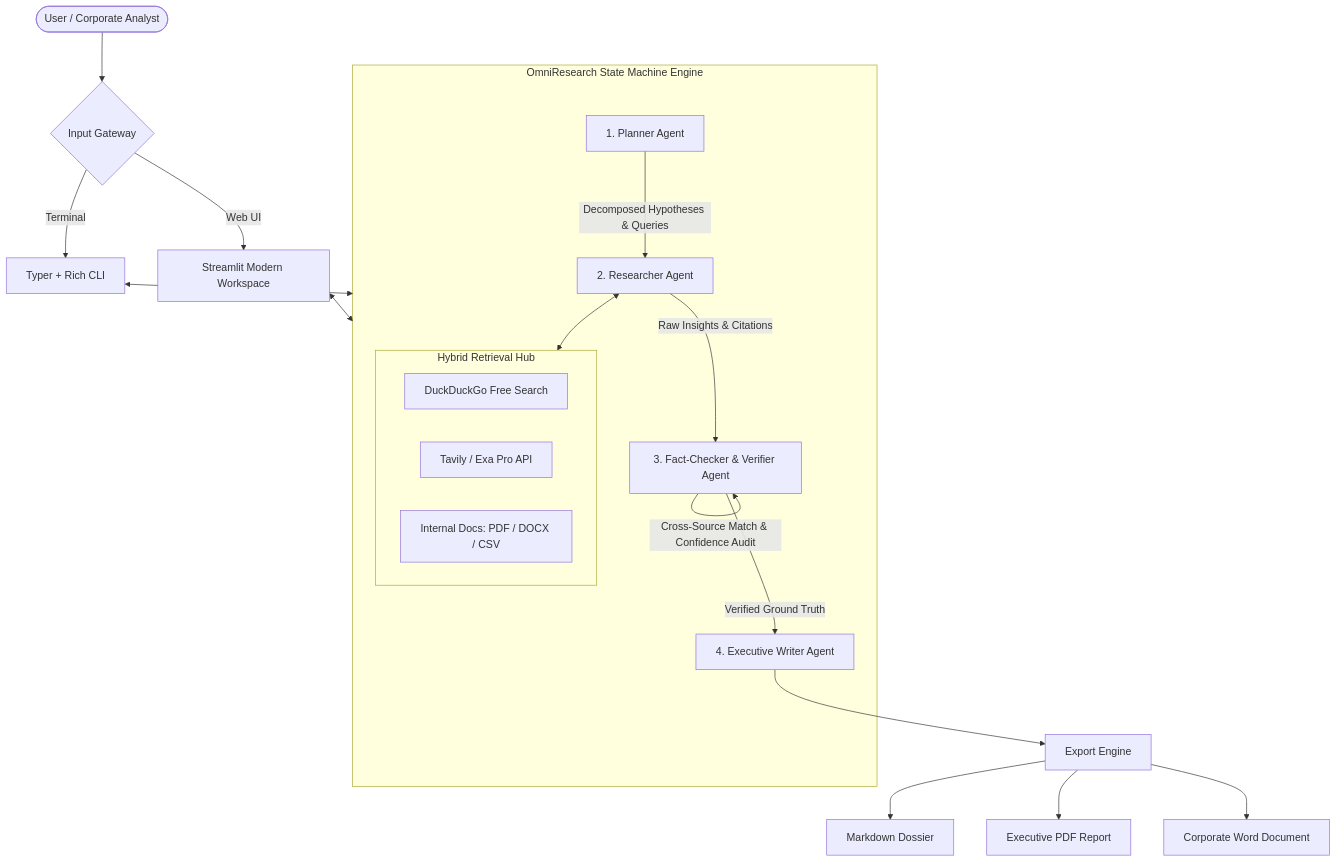
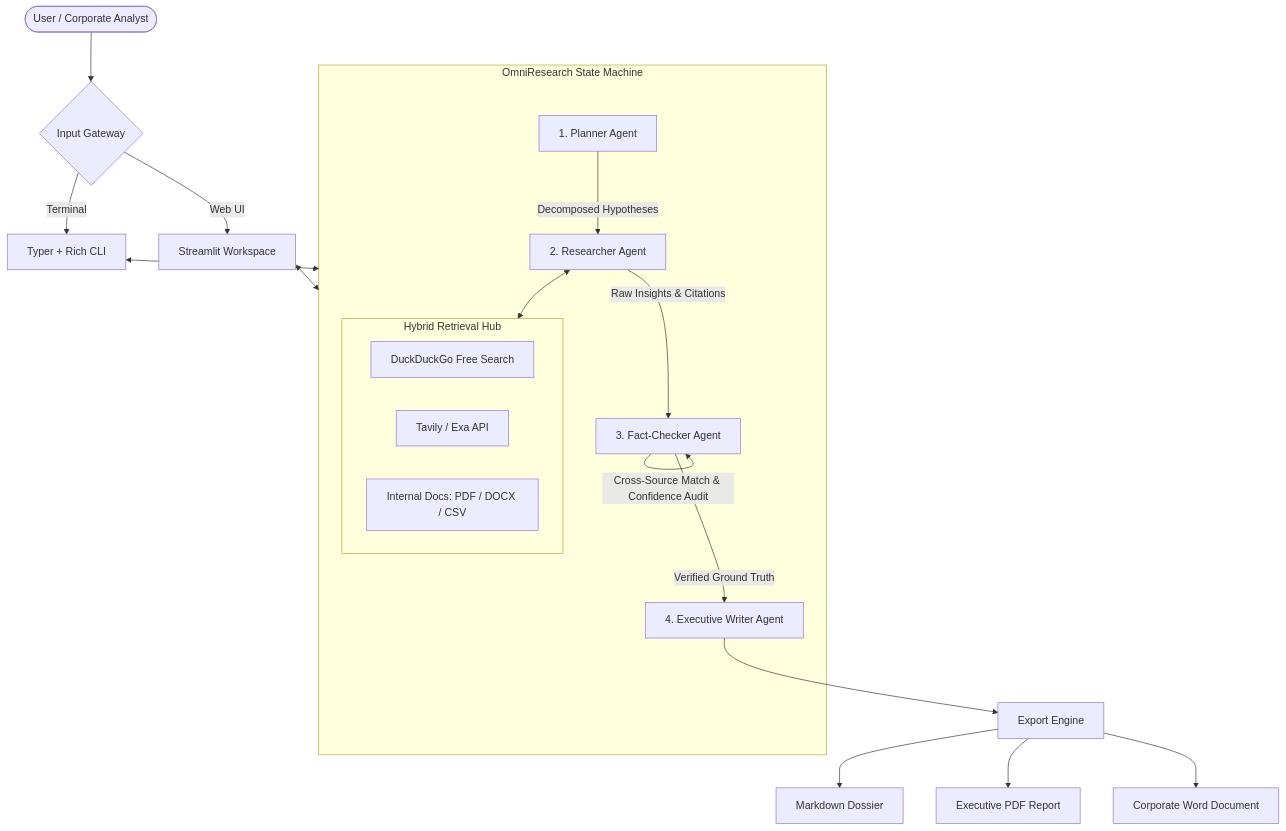
The diagram in README.md (davinmaritza/omniresearch), drawn with Mermaid before and after one commit. The commit also changed other lines of this file and 21 other files, not shown here.

````diff
--- a/README.md
+++ b/README.md
@@ -42,30 +38,30 @@
 ```mermaid
 flowchart TD
     User([User / Corporate Analyst]) --> Input{Input Gateway}
-    Input -->|Web UI| WebUI[Streamlit Modern Workspace]
+    Input -->|Web UI| WebUI[Streamlit Workspace]
     Input -->|Terminal| CLI[Typer + Rich CLI]
 
-    subgraph Agent_Orchestrator [OmniResearch State Machine Engine]
+    subgraph Agent_Orchestrator [OmniResearch State Machine]
         Planner[1. Planner Agent]
-        Planner -->|Decomposed Hypotheses & Queries| Researcher[2. Researcher Agent]
+        Planner -->|Decomposed Hypotheses| Researcher[2. Researcher Agent]
 
         subgraph Hybrid_Retrieval [Hybrid Retrieval Hub]
             DDG[DuckDuckGo Free Search]
-            Tavily[Tavily / Exa Pro API]
+            Tavily[Tavily / Exa API]
             DocReader[Internal Docs: PDF / DOCX / CSV]
         end
 
         Researcher <--> Hybrid_Retrieval
-        Researcher -->|Raw Insights & Citations| Verifier[3. Fact-Checker & Verifier Agent]
+        Researcher -->|Raw Insights & Citations| Verifier[3. Fact-Checker Agent]
         Verifier -->|Cross-Source Match & Confidence Audit| Verifier
         Verifier -->|Verified Ground Truth| Writer[4. Executive Writer Agent]
     end
 
     WebUI <--> Agent_Orchestrator
     CLI <--> Agent_Orchestrator
 
     Writer --> Exporters[Export Engine]
     Exporters --> Markdown[Markdown Dossier]
     Exporters --> PDF[Executive PDF Report]
     Exporters --> DOCX[Corporate Word Document]
 ```
````
